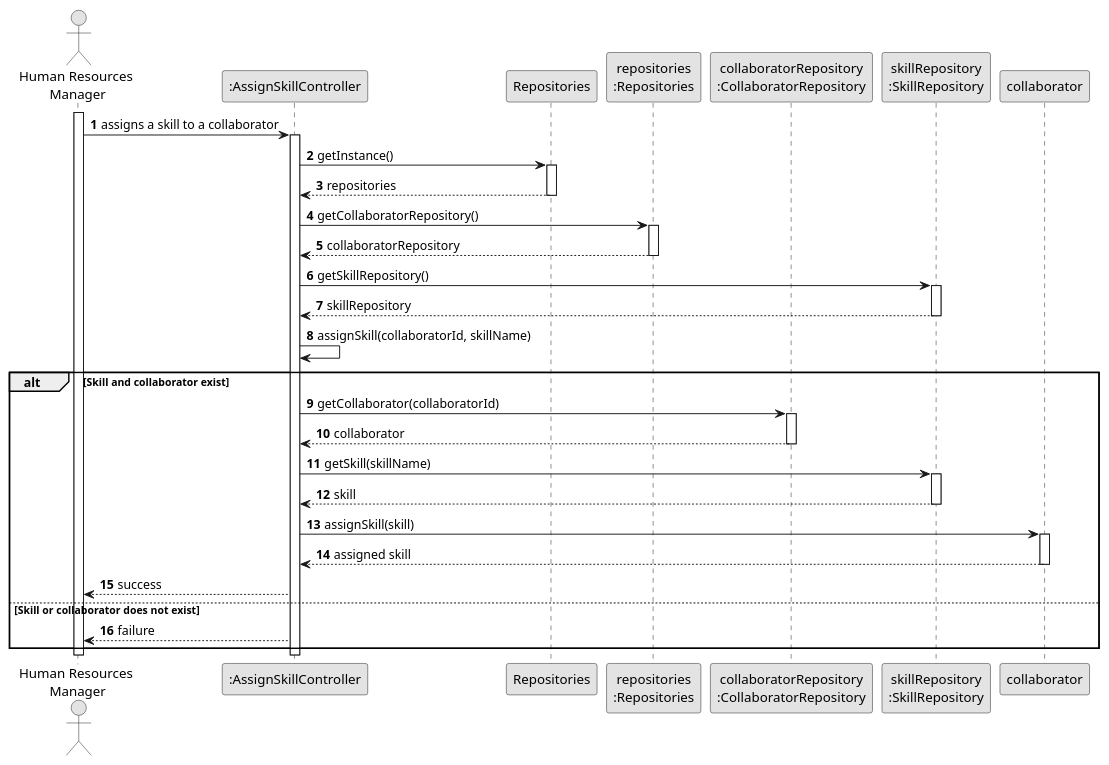
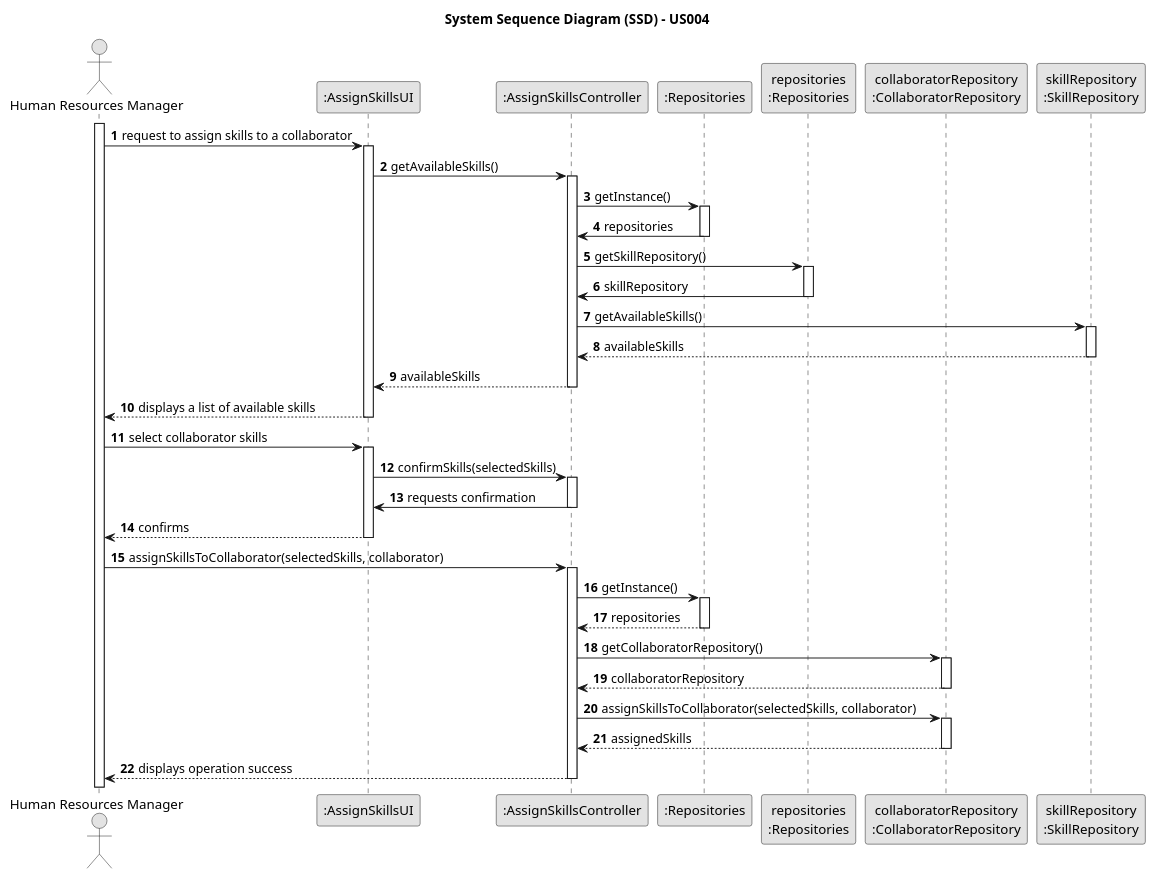
Before and after one commit to diogoveirospro/lei-24-s2-1dg-g072: the diagram in docs/sprintB/us004/03.design/puml/us004-sequence-diagram-full.puml, drawn with PlantUML.

Commit message:
US004 full diagram design changed

```diff
--- a/docs/sprintB/us004/03.design/puml/us004-sequence-diagram-full.puml
+++ b/docs/sprintB/us004/03.design/puml/us004-sequence-diagram-full.puml
@@ -1,69 +1,67 @@
 @startuml
 skinparam monochrome true
 skinparam packageStyle rectangle
 skinparam shadowing false
 
+title System Sequence Diagram (SSD) - US004
+
 autonumber
 
-'hide footbox
-actor "Human Resources\n Manager" as HRM
-participant ":AssignSkillController" as CTRL
-participant Repositories
-participant "repositories\n:Repositories" as REP
-participant "collaboratorRepository\n:CollaboratorRepository" as COLREP
-participant "skillRepository\n:SkillRepository" as SKILLREP
+actor "Human Resources Manager" as HRM
+participant ":AssignSkillsUI" as UI
+participant ":AssignSkillsController" as CTRL
+participant ":Repositories" as RepositorySingleton
+participant "repositories\n:Repositories" as PLAT
+participant "collaboratorRepository\n:CollaboratorRepository" as CollaboratorRepository
+participant "skillRepository\n:SkillRepository" as SkillRepository
 
 activate HRM
 
-    HRM -> CTRL : assigns a skill to a collaborator
-    activate CTRL
+HRM -> UI : request to assign skills to a collaborator
+activate UI
+UI -> CTRL : getAvailableSkills()
+activate CTRL
+CTRL -> RepositorySingleton : getInstance()
+activate RepositorySingleton
+RepositorySingleton -> CTRL : repositories
+deactivate RepositorySingleton
+CTRL -> PLAT : getSkillRepository()
+activate PLAT
+PLAT -> CTRL : skillRepository
+deactivate PLAT
+CTRL -> SkillRepository : getAvailableSkills()
+activate SkillRepository
+SkillRepository --> CTRL : availableSkills
+deactivate SkillRepository
+CTRL --> UI : availableSkills
+deactivate CTRL
+UI --> HRM : displays a list of available skills
+deactivate UI
 
-        CTRL -> Repositories: getInstance()
-        activate Repositories
+HRM -> UI : select collaborator skills
+activate UI
+UI -> CTRL : confirmSkills(selectedSkills)
+activate CTRL
+CTRL -> UI : requests confirmation
+deactivate CTRL
+UI --> HRM : confirms
+deactivate UI
 
-            Repositories --> CTRL: repositories
-        deactivate Repositories
-
-        CTRL -> REP: getCollaboratorRepository()
-        activate REP
-
-            REP --> CTRL: collaboratorRepository
-        deactivate REP
-
-        CTRL -> SKILLREP : getSkillRepository()
-        activate SKILLREP
-
-            SKILLREP --> CTRL: skillRepository
-        deactivate SKILLREP
-
-        CTRL -> CTRL: assignSkill(collaboratorId, skillName)
-
-            alt Skill and collaborator exist
-                CTRL -> COLREP: getCollaborator(collaboratorId)
-                activate COLREP
-
-                    COLREP --> CTRL: collaborator
-                deactivate COLREP
-
-                CTRL -> SKILLREP: getSkill(skillName)
-                activate SKILLREP
-
-                    SKILLREP --> CTRL: skill
-                deactivate SKILLREP
-
-                CTRL -> collaborator: assignSkill(skill)
-                activate collaborator
-
-                    collaborator --> CTRL: assigned skill
-                deactivate collaborator
-
-                CTRL --> HRM: success
-            else Skill or collaborator does not exist
-                CTRL --> HRM: failure
-            end
-
-    deactivate CTRL
-
-deactivate HRM
+HRM -> CTRL : assignSkillsToCollaborator(selectedSkills, collaborator)
+activate CTRL
+CTRL -> RepositorySingleton : getInstance()
+activate RepositorySingleton
+RepositorySingleton --> CTRL: repositories
+deactivate RepositorySingleton
+CTRL -> CollaboratorRepository : getCollaboratorRepository()
+activate CollaboratorRepository
+CollaboratorRepository --> CTRL : collaboratorRepository
+deactivate CollaboratorRepository
+CTRL -> CollaboratorRepository : assignSkillsToCollaborator(selectedSkills, collaborator)
+activate CollaboratorRepository
+CollaboratorRepository --> CTRL : assignedSkills
+deactivate CollaboratorRepository
+CTRL --> HRM : displays operation success
+deactivate CTRL
 
 @enduml
```
